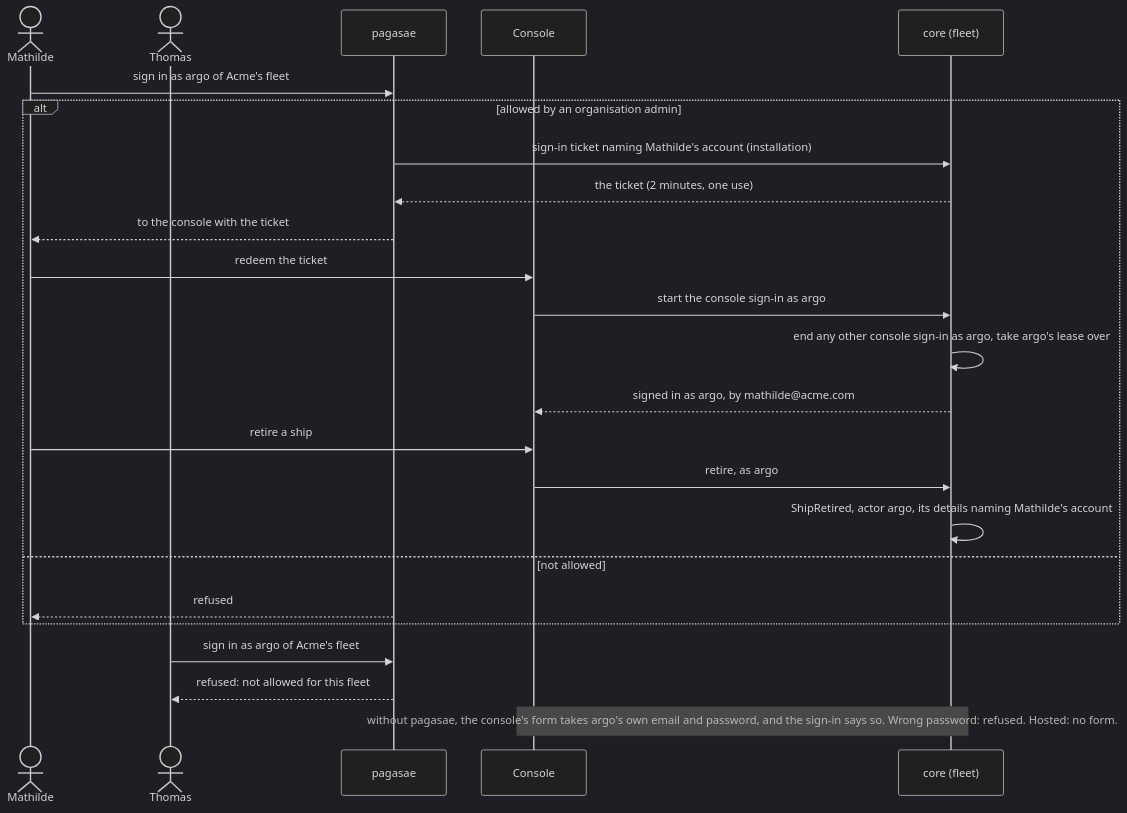
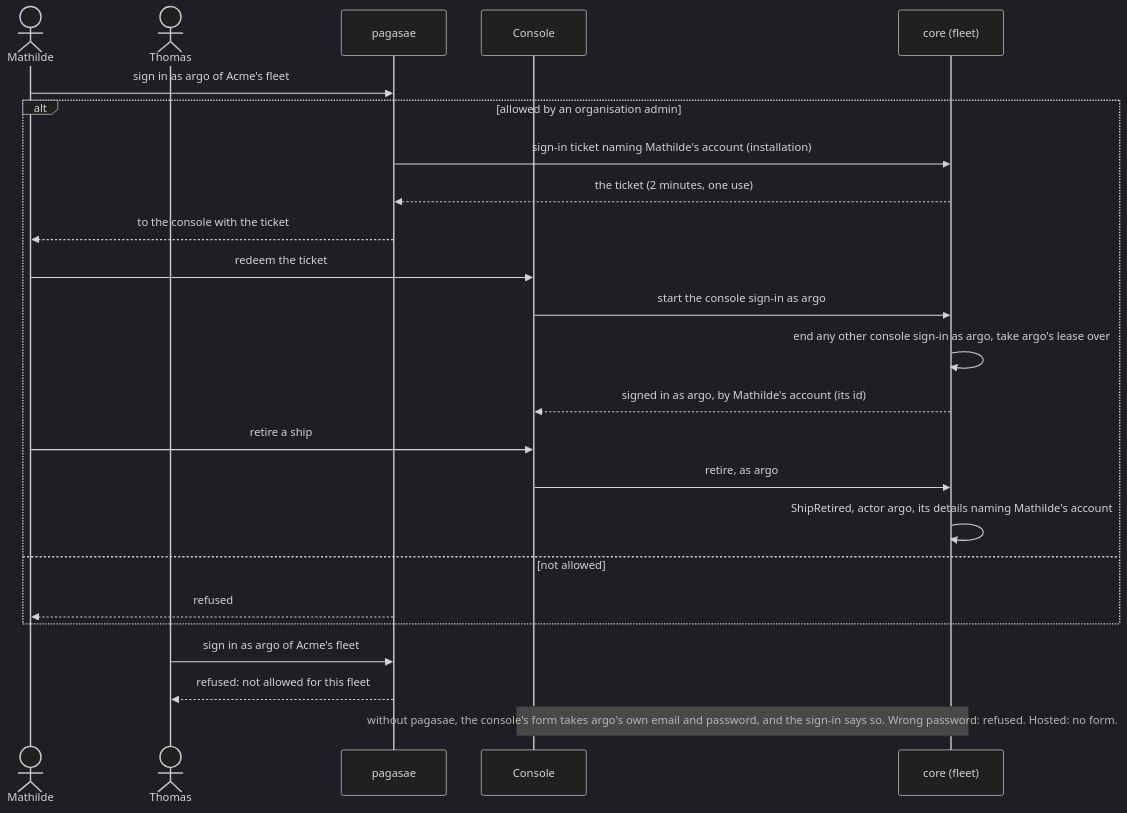
Before and after one commit to ThomasHendrickx/aeolus-fleet: the sixth of 11 diagrams in docs/design/accounts/phase-2/flows.md, drawn with Mermaid (dark theme). The commit also changed other lines of this file and 8 other files, not shown here.

````diff
--- a/docs/design/accounts/phase-2/flows.md
+++ b/docs/design/accounts/phase-2/flows.md
@@ -212,26 +212,26 @@
 ```mermaid
 sequenceDiagram
   actor M as Mathilde
   actor T as Thomas
   participant P as pagasae
   participant K as Console
   participant C as core (fleet)
   M->>P: sign in as argo of Acme's fleet
   alt allowed by an organisation admin
     P->>C: sign-in ticket naming Mathilde's account (installation)
     C-->>P: the ticket (2 minutes, one use)
     P-->>M: to the console with the ticket
     M->>K: redeem the ticket
     K->>C: start the console sign-in as argo
     C->>C: end any other console sign-in as argo, take argo's lease over
-    C-->>K: signed in as argo, by mathilde@acme.com
+    C-->>K: signed in as argo, by Mathilde's account (its id)
     M->>K: retire a ship
     K->>C: retire, as argo
     C->>C: ShipRetired, actor argo, its details naming Mathilde's account
   else not allowed
     P-->>M: refused
   end
   T->>P: sign in as argo of Acme's fleet
   P-->>T: refused: not allowed for this fleet
   Note over K,C: without pagasae, the console's form takes argo's own email and password, and the sign-in says so. Wrong password: refused. Hosted: no form.
 ```
````
